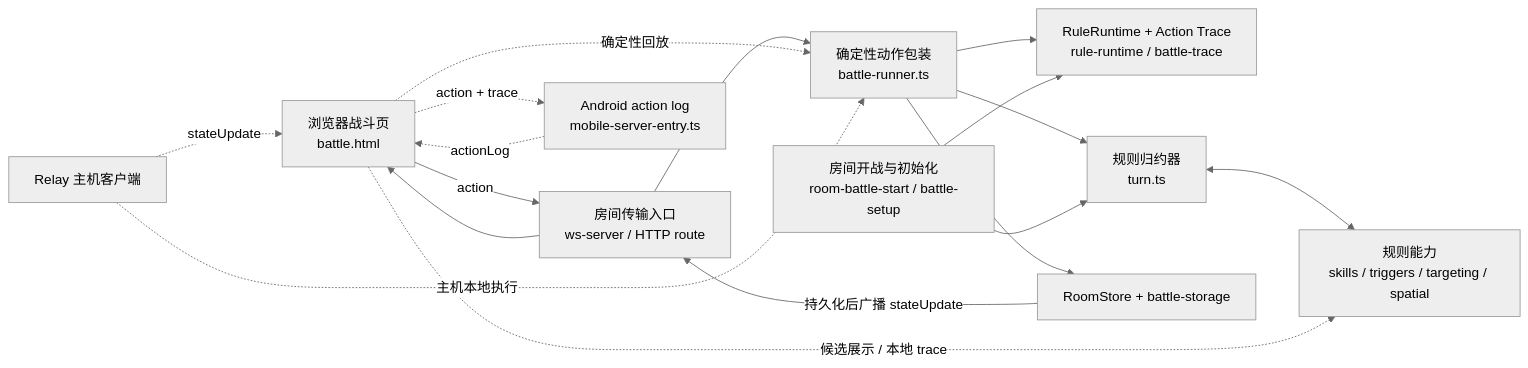
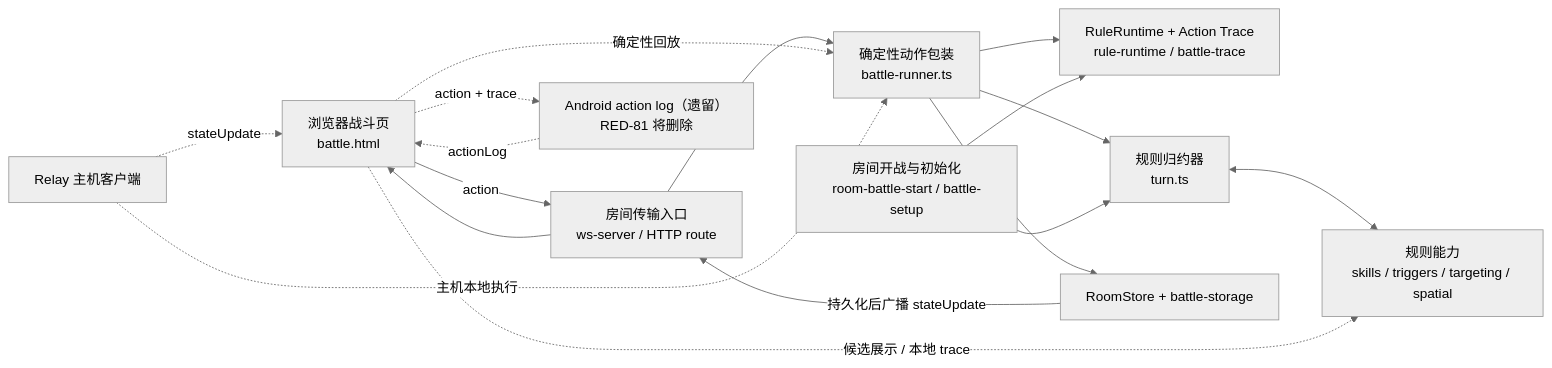
Before and after one commit to longaadream/Red_VS_Blue: the first of 5 diagrams in docs/technical/GAME_LOGIC_SYSTEM.md, drawn with Mermaid (neutral theme). The commit also changed other lines of this file and 1 other file, not shown here.

Commit message:
docs: align platform and dynamic code guidance (RED-79)

````diff
--- a/docs/technical/GAME_LOGIC_SYSTEM.md
+++ b/docs/technical/GAME_LOGIC_SYSTEM.md
@@ -34,31 +37,31 @@
 ```mermaid
 flowchart LR
   UI["浏览器战斗页<br/>battle.html"]
   Transport["房间传输入口<br/>ws-server / HTTP route"]
   Runner["确定性动作包装<br/>battle-runner.ts"]
   Runtime["RuleRuntime + Action Trace<br/>rule-runtime / battle-trace"]
   Reducer["规则归约器<br/>turn.ts"]
   Domain["规则能力<br/>skills / triggers / targeting / spatial"]
   Setup["房间开战与初始化<br/>room-battle-start / battle-setup"]
   Store["RoomStore + battle-storage"]
-  Android["Android action log<br/>mobile-server-entry.ts"]
+  Android["Android action log（遗留）<br/>RED-81 将删除"]
   Relay["Relay 主机客户端"]
 
   UI -->|action| Transport
   Transport --> Runner
   Runner --> Runtime
   Runner --> Reducer
   Reducer <--> Domain
   Setup --> Runtime
   Setup --> Reducer
   Runner --> Store
   Store -->|持久化后广播 stateUpdate| Transport
   Transport --> UI
 
   UI -.->|候选展示 / 本地 trace| Domain
   UI -.->|action + trace| Android
   Android -.->|actionLog| UI
   UI -.->|确定性回放| Runner
   Relay -.->|主机本地执行| Runner
   Relay -.->|stateUpdate| UI
 ```
````
